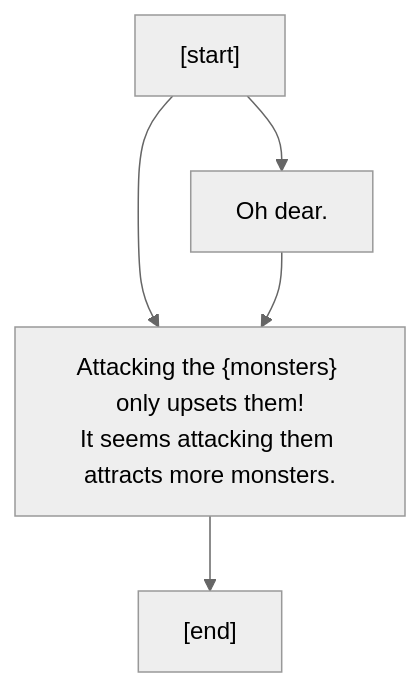
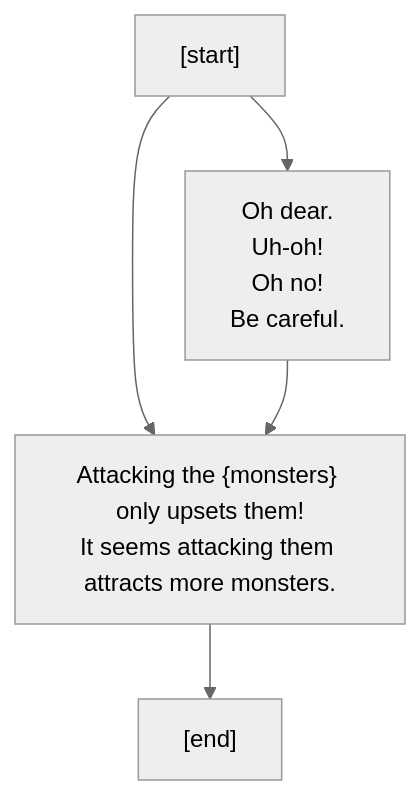
One commit to charredUtensil/groundhog changed the second of 4 diagrams in src/core/lore/graphs/pandora.md. Above: the diagram before and after it, drawn with Mermaid (neutral theme). The commit also changed other lines of this file and 4 other files, not shown here.

Commit message:
clean up mermaid

````diff
--- a/src/core/lore/graphs/pandora.md
+++ b/src/core/lore/graphs/pandora.md
@@ -17,11 +17,11 @@
 ```mermaid
 flowchart TD;
 P0["[start]"]
 P0 --> P1
 P0 --> P2
-P1["Oh dear."]
+P1["Oh dear.<br/>Uh-oh!<br/>Oh no!<br/>Be careful."]
 P1 --> P2
 P2["Attacking the {monsters} only upsets them!<br/>It seems attacking them attracts more monsters."]
 P2 --> P3
 P3["[end]"]
 ```
````
